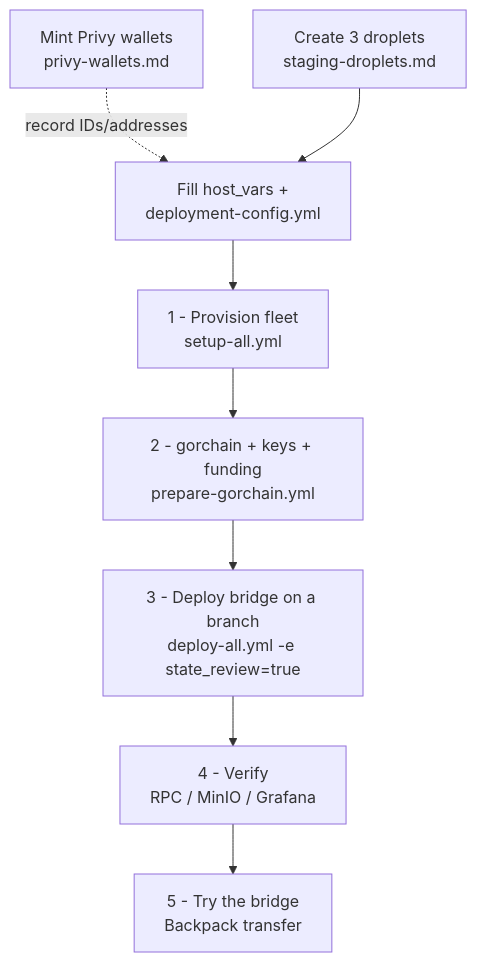
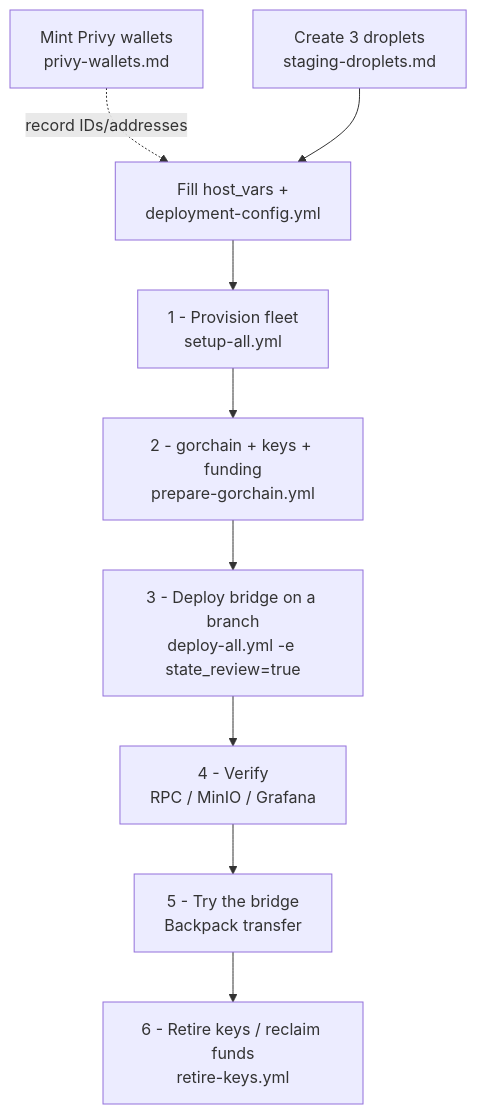
The diagram in ops/runbooks/staging.md (gorbagana-dev/hyperlane-stacks), drawn with Mermaid before and after one commit. The commit also changed other lines of this file and 61 other files, not shown here.

````diff
--- a/ops/runbooks/staging.md
+++ b/ops/runbooks/staging.md
@@ -19,10 +19,11 @@
 ```mermaid
 flowchart TD
     P[Mint Privy wallets<br/>privy-wallets.md] -. record IDs/addresses .-> CFG
     VM[Create 3 droplets<br/>staging-droplets.md] --> CFG[Fill host_vars +<br/>deployment-config.yml]
     CFG --> S1[1 - Provision fleet<br/>setup-all.yml]
     S1 --> S2[2 - gorchain + keys + funding<br/>prepare-gorchain.yml]
     S2 --> S3[3 - Deploy bridge on a branch<br/>deploy-all.yml -e state_review=true]
     S3 --> S4[4 - Verify<br/>RPC / MinIO / Grafana]
     S4 --> S5[5 - Try the bridge<br/>Backpack transfer]
+    S5 --> S6[6 - Retire keys / reclaim funds<br/>retire-keys.yml]
 ```
````
